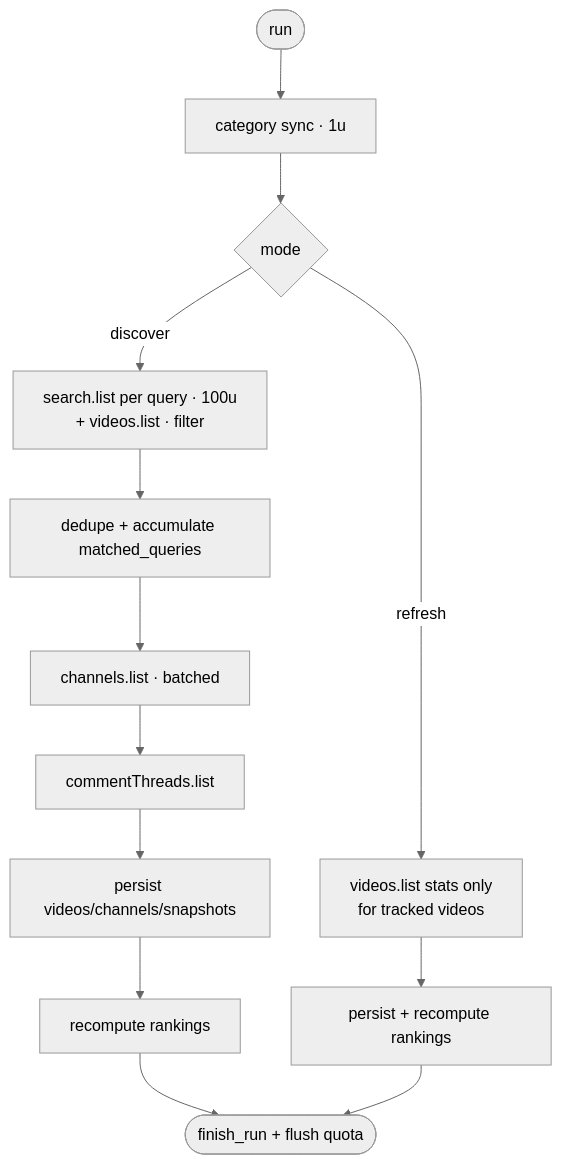
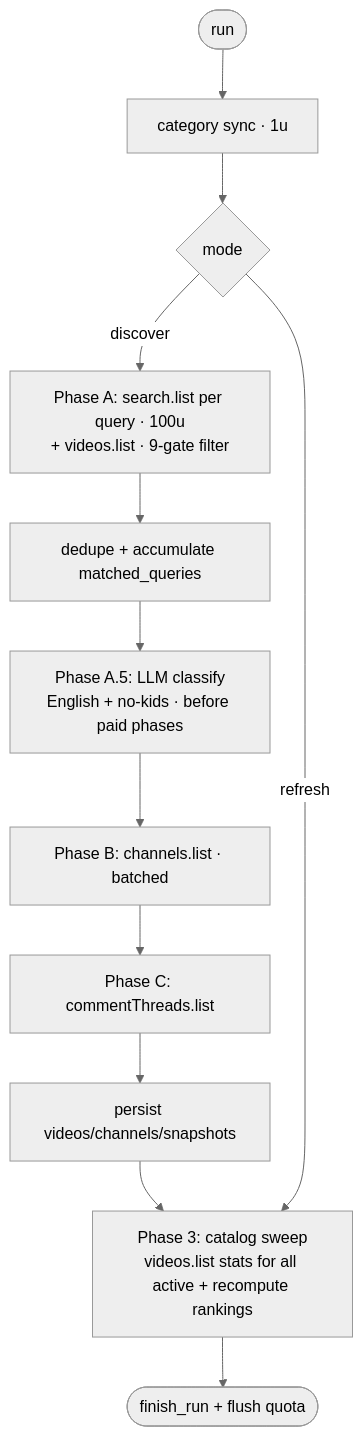
One commit to retainiac1/youtube-analysis-dailly-intel changed the third of 3 diagrams in docs/publish/1-guides/technical-guide.MD. Above: the diagram before and after it, drawn with Mermaid (neutral theme). The commit also changed other lines of this file and 4 other files, not shown here.

````diff
--- a/docs/publish/1-guides/technical-guide.MD
+++ b/docs/publish/1-guides/technical-guide.MD
@@ -256,15 +363,14 @@
 ```mermaid
 flowchart TD
     START([run]) --> CAT[category sync · 1u]
     CAT --> MODE{mode}
-    MODE -->|discover| SEARCH[search.list per query · 100u<br/>+ videos.list · filter]
+    MODE -->|discover| SEARCH[Phase A: search.list per query · 100u<br/>+ videos.list · 9-gate filter]
     SEARCH --> DEDUP[dedupe + accumulate matched_queries]
-    DEDUP --> CH[channels.list · batched]
-    CH --> CM[commentThreads.list]
+    DEDUP --> CLS[Phase A.5: LLM classify<br/>English + no-kids · before paid phases]
+    CLS --> CH[Phase B: channels.list · batched]
+    CH --> CM[Phase C: commentThreads.list]
     CM --> PERSIST[persist videos/channels/snapshots]
-    PERSIST --> RANK[recompute rankings]
-    MODE -->|refresh| RSTATS[videos.list stats only<br/>for tracked videos]
-    RSTATS --> RPERSIST[persist + recompute rankings]
-    RANK --> DONE([finish_run + flush quota])
-    RPERSIST --> DONE
+    PERSIST --> SWEEP[Phase 3: catalog sweep<br/>videos.list stats for all active + recompute rankings]
+    MODE -->|refresh| SWEEP
+    SWEEP --> DONE([finish_run + flush quota])
 ```
````
